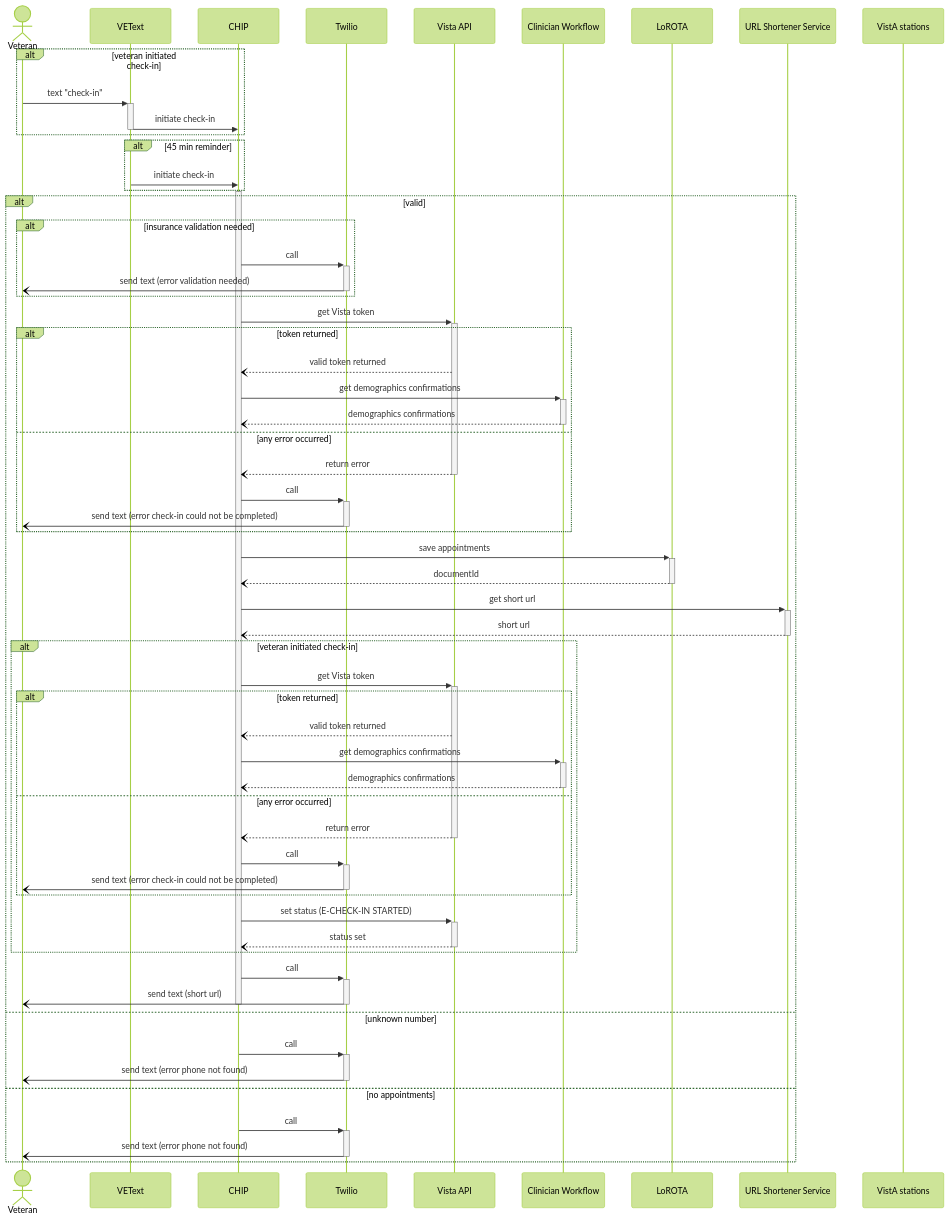
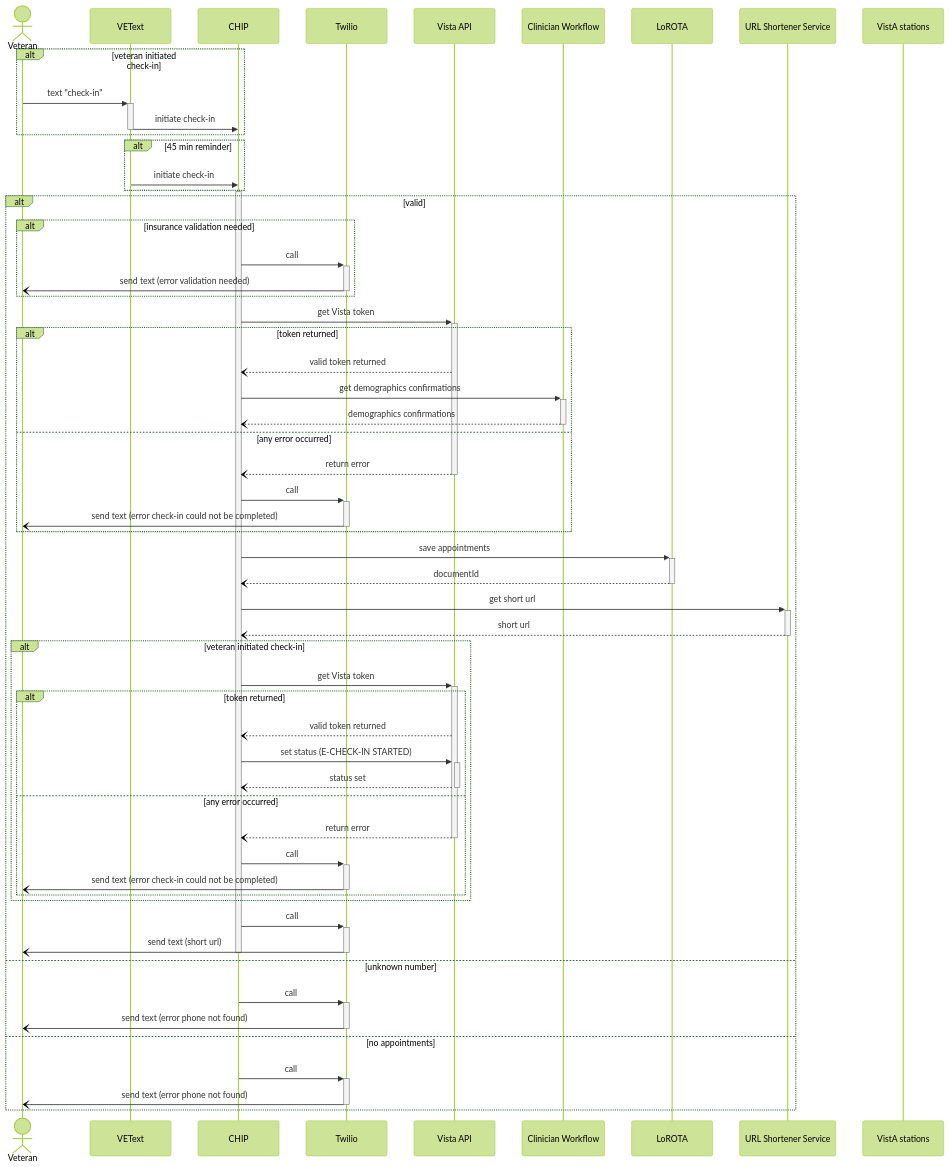
Before and after one commit to department-of-veterans-affairs/va.gov-team: the first of 4 diagrams in products/health-care/checkin/engineering/architecture-diagrams/sequenceDiagram_checkInExp.md, drawn with Mermaid (forest theme).

````diff
--- a/products/health-care/checkin/engineering/architecture-diagrams/sequenceDiagram_checkInExp.md
+++ b/products/health-care/checkin/engineering/architecture-diagrams/sequenceDiagram_checkInExp.md
@@ -10,64 +10,62 @@
 ```mermaid
 sequenceDiagram
     actor vet as Veteran
     participant vt as VEText
     participant c as CHIP
     participant t as Twilio
     participant va as Vista API
     participant cw as Clinician Workflow
     participant l as LoROTA
     participant url as URL Shortener Service
     participant vas as VistA stations
 
     alt veteran initiated check-in
     vet->>+vt: text "check-in"
     vt->>-c: initiate check-in
     end
     alt 45 min reminder
     vt->>c: initiate check-in
     end
     activate c
     alt valid
       alt insurance validation needed
         c->>+t: call
         t-)-vet: send text (error validation needed)
       end
       c->>+va: get Vista token
       alt token returned
         va--)c: valid token returned
         c->>+cw: get demographics confirmations
         cw--)-c: demographics confirmations
       else any error occurred
         va--)-c: return error
         c->>+t: call
         t-)-vet: send text (error check-in could not be completed)
       end
       c->>+l: save appointments
       l--)-c: documentId
       c->>+url: get short url
       url--)-c: short url
       alt veteran initiated check-in
         c->>+va: get Vista token
         alt token returned
           va--)c: valid token returned
-          c->>+cw: get demographics confirmations
-          cw--)-c: demographics confirmations
+          c->>+va: set status (E-CHECK-IN STARTED)
+          va--)-c: status set
         else any error occurred
           va--)-c: return error
           c->>+t: call
           t-)-vet: send text (error check-in could not be completed)
         end
-        c->>+va: set status (E-CHECK-IN STARTED)
-        va--)-c: status set
       end
       c->>+t: call
       t-)-vet: send text (short url)
       deactivate c
     else unknown number
       c->>+t: call
       t-)-vet: send text (error phone not found)
     else no appointments
       c->>+t: call
       t-)-vet: send text (error phone not found)
     end
 ```
````
